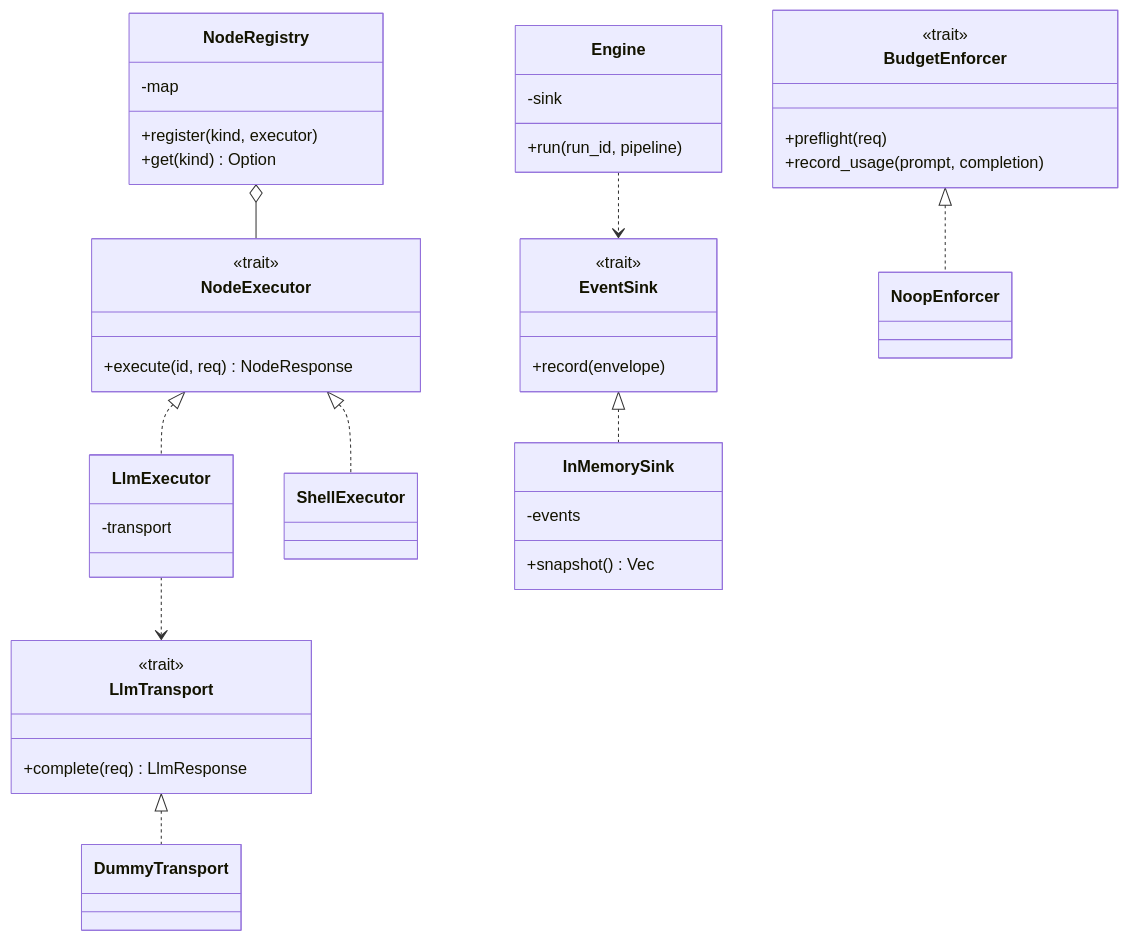
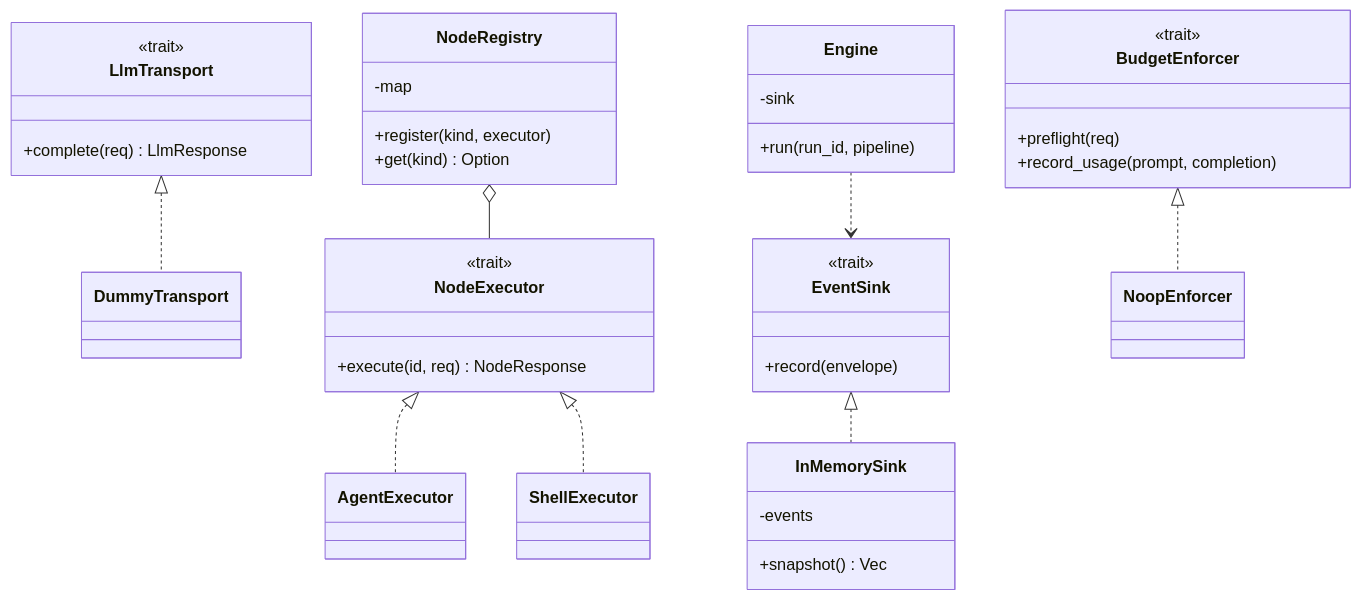
One commit to DoctorMozg/orno changed the sixth of 11 diagrams in docs/flows.md. Above: the diagram before and after it, drawn with Mermaid. The commit also changed other lines of this file and 18 other files, not shown here.

````diff
--- a/docs/flows.md
+++ b/docs/flows.md
@@ -217,52 +216,49 @@
 ```mermaid
 classDiagram
     class LlmTransport {
         <<trait>>
         +complete(req) LlmResponse
     }
     class DummyTransport
     LlmTransport <|.. DummyTransport
 
     class NodeExecutor {
         <<trait>>
         +execute(id, req) NodeResponse
     }
-    class LlmExecutor {
-        -transport
-    }
+    class AgentExecutor
     class ShellExecutor
-    NodeExecutor <|.. LlmExecutor
+    NodeExecutor <|.. AgentExecutor
     NodeExecutor <|.. ShellExecutor
-    LlmExecutor ..> LlmTransport
 
     class NodeRegistry {
         -map
         +register(kind, executor)
         +get(kind) Option
     }
     NodeRegistry o-- NodeExecutor
 
     class EventSink {
         <<trait>>
         +record(envelope)
     }
     class InMemorySink {
         -events
         +snapshot() Vec
     }
     EventSink <|.. InMemorySink
 
     class BudgetEnforcer {
         <<trait>>
         +preflight(req)
         +record_usage(prompt, completion)
     }
     class NoopEnforcer
     BudgetEnforcer <|.. NoopEnforcer
 
     class Engine {
         -sink
         +run(run_id, pipeline)
     }
     Engine ..> EventSink
 ```
````
